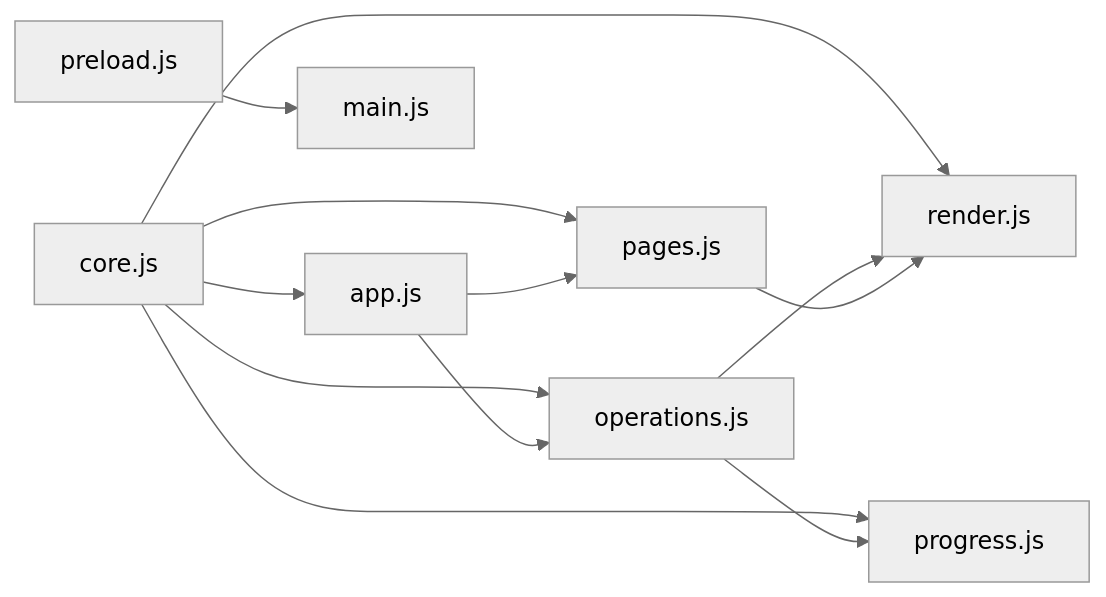
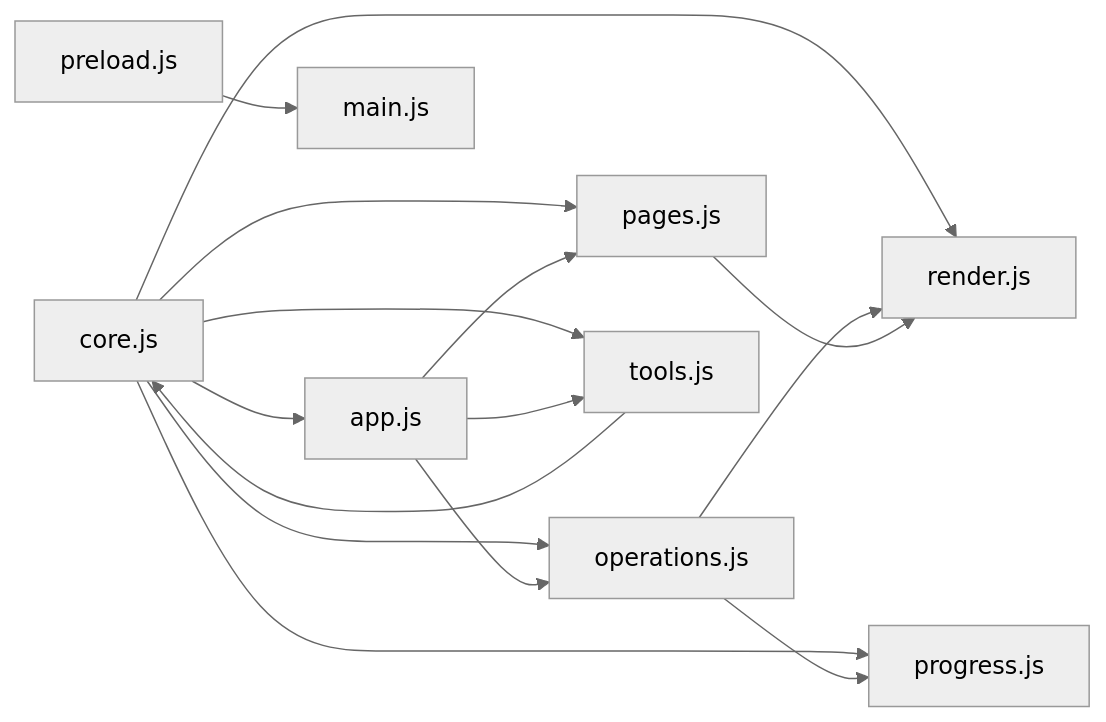
Diagram 11 of 11 in docs/en/content/User Interface.md (SoftheartedYYC/PyLibMaster), drawn with Mermaid (neutral theme) before and after one commit. The commit also changed other lines of this file and 72 other files, not shown here.

````diff
--- a/docs/en/content/User Interface.md
+++ b/docs/en/content/User Interface.md
@@ -387,14 +411,17 @@
 ```mermaid
 graph LR
 CORE["core.js"] --> APP["app.js"]
 CORE --> RENDER["render.js"]
 CORE --> PROGRESS["progress.js"]
 CORE --> OPS["operations.js"]
 CORE --> PAGES["pages.js"]
+CORE --> TOOLS["tools.js"]
 PRELOAD["preload.js"] --> MAIN["main.js"]
 OPS --> PROGRESS
 OPS --> RENDER
 PAGES --> RENDER
+TOOLS --> CORE
 APP --> PAGES
 APP --> OPS
+APP --> TOOLS
 ```
````
